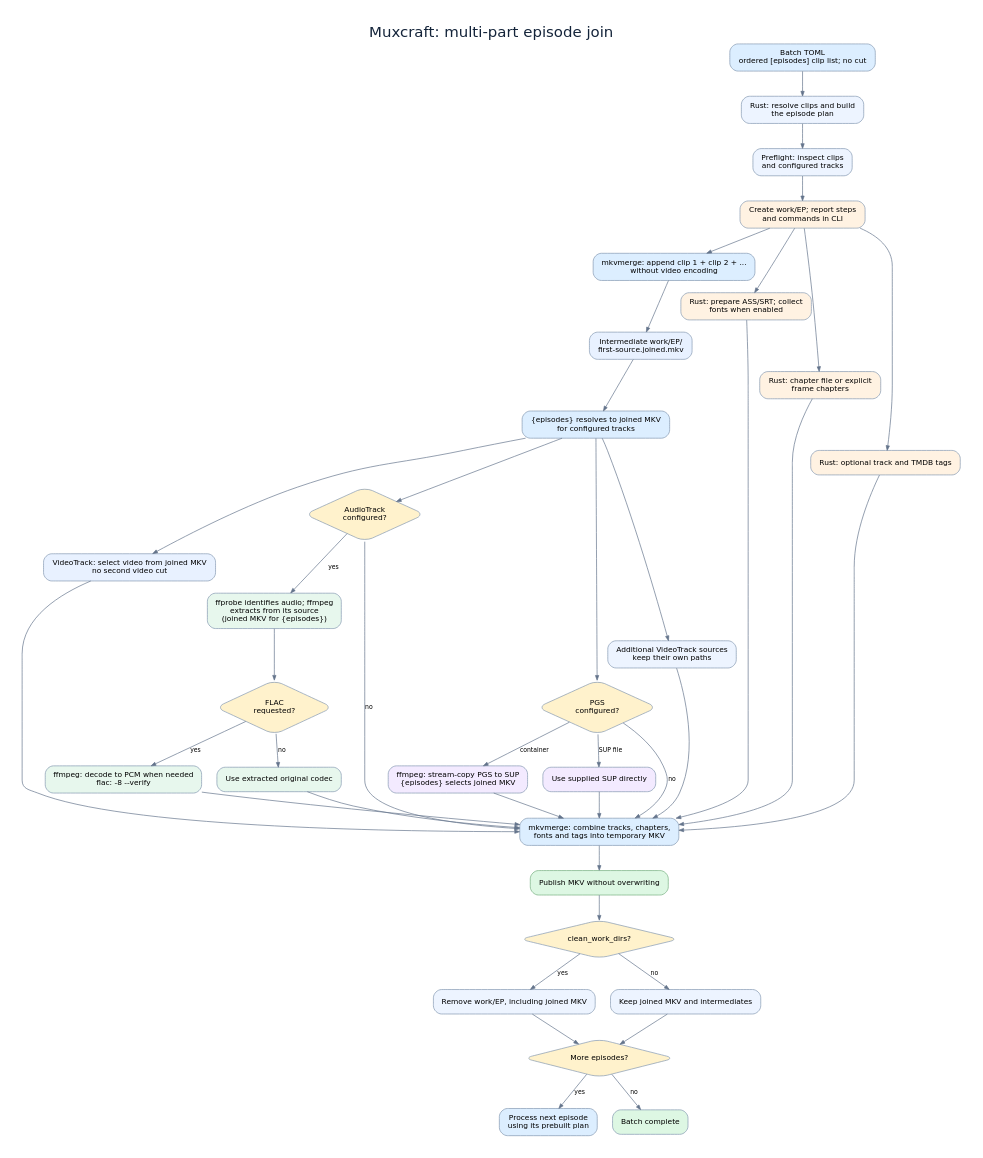
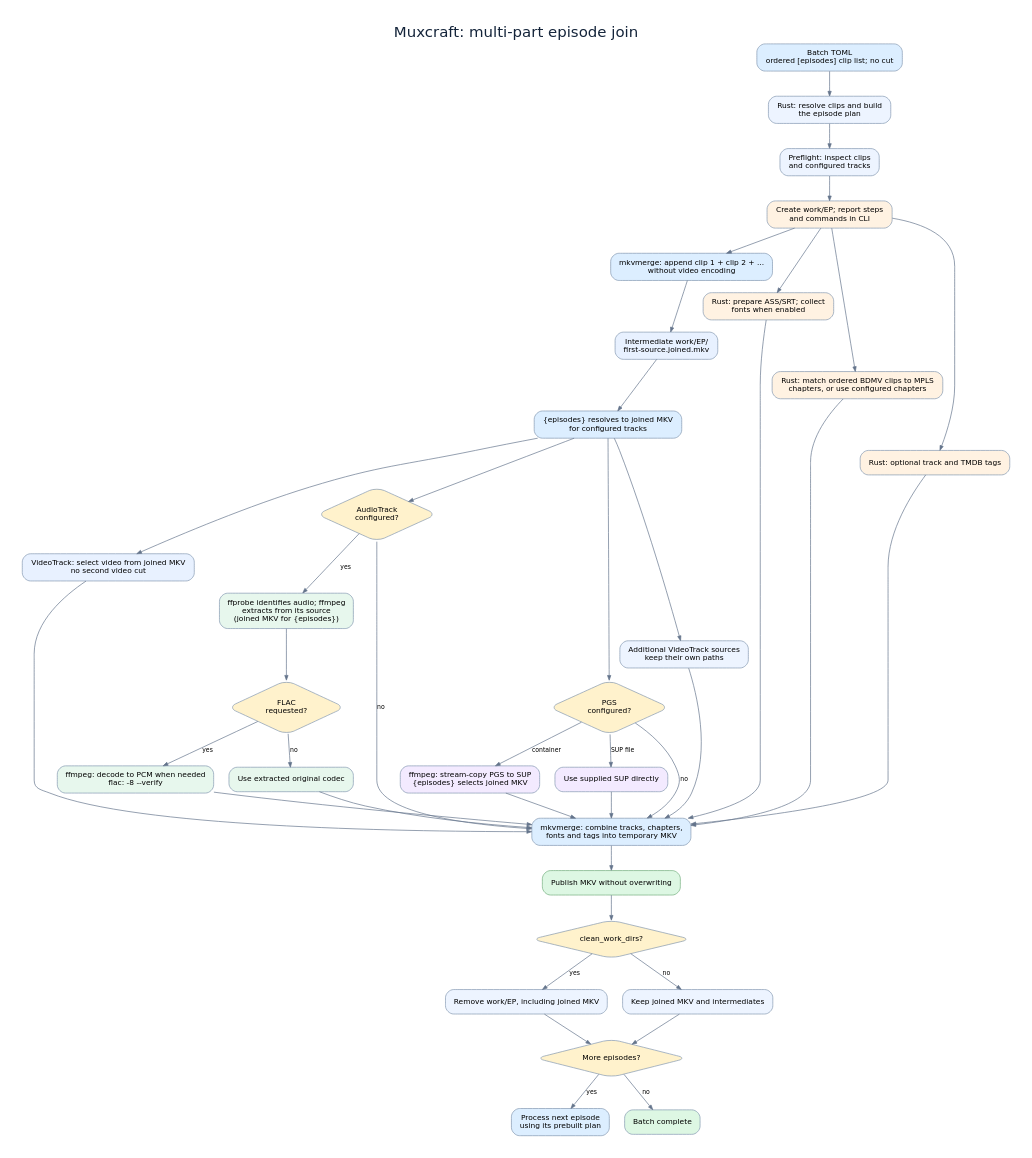
Before and after one commit to IncYami/muxcraft: the diagram in docs/multi-part-flow.dot, drawn with Graphviz. The commit also changed 9 other files, not shown here.

Commit message:
Discover chapters for joined BDMV clips

```diff
--- a/docs/multi-part-flow.dot
+++ b/docs/multi-part-flow.dot
@@ -1,67 +1,67 @@
 digraph MultiPartFlow {
   graph [rankdir=TB, bgcolor="white", pad="0.35", nodesep="0.3", ranksep="0.5", fontname="DejaVu Sans", label="Muxcraft: multi-part episode join", labelloc=t, fontsize=22, fontcolor="#14243a"];
   node [shape=box, style="rounded,filled", fillcolor="#edf4ff", color="#8297b0", fontname="DejaVu Sans", fontsize=11, margin="0.17,0.11"];
   edge [color="#64748b", arrowsize=0.7, fontname="DejaVu Sans", fontsize=9];
 
   toml [label="Batch TOML\nordered [episodes] clip list; no cut", fillcolor="#dceeff"];
   plan [label="Rust: resolve clips and build\nthe episode plan"];
   preflight [label="Preflight: inspect clips\nand configured tracks"];
   work [label="Create work/EP; report steps\nand commands in CLI", fillcolor="#fff2e2"];
   join [label="mkvmerge: append clip 1 + clip 2 + ...\nwithout video encoding", fillcolor="#dceeff"];
   joined [label="Intermediate work/EP/\nfirst-source.joined.mkv", fillcolor="#e8f1ff"];
   variable [label="{episodes} resolves to joined MKV\nfor configured tracks", fillcolor="#dceeff"];
   video [label="VideoTrack: select video from joined MKV\nno second video cut", fillcolor="#e8f1ff"];
   audio [shape=diamond, label="AudioTrack\nconfigured?", fillcolor="#fff2cc"];
   extract [label="ffprobe identifies audio; ffmpeg\nextracts from its source\n(joined MKV for {episodes})", fillcolor="#e7f7ed"];
   flac_choice [shape=diamond, label="FLAC\nrequested?", fillcolor="#fff2cc"];
   flac [label="ffmpeg: decode to PCM when needed\nflac: -8 --verify", fillcolor="#e7f7ed"];
   copy [label="Use extracted original codec", fillcolor="#e7f7ed"];
   pgs [shape=diamond, label="PGS\nconfigured?", fillcolor="#fff2cc"];
   pgs_extract [label="ffmpeg: stream-copy PGS to SUP\n{episodes} selects joined MKV", fillcolor="#f3eaff"];
   pgs_direct [label="Use supplied SUP directly", fillcolor="#f3eaff"];
   other [label="Additional VideoTrack sources\nkeep their own paths"];
   subtitle [label="Rust: prepare ASS/SRT; collect\nfonts when enabled", fillcolor="#fff2e2"];
-  chapter [label="Rust: chapter file or explicit\nframe chapters", fillcolor="#fff2e2"];
+  chapter [label="Rust: match ordered BDMV clips to MPLS\nchapters, or use configured chapters", fillcolor="#fff2e2"];
   tags [label="Rust: optional track and TMDB tags", fillcolor="#fff2e2"];
   mux [label="mkvmerge: combine tracks, chapters,\nfonts and tags into temporary MKV", fillcolor="#dceeff"];
   output [label="Publish MKV without overwriting", fillcolor="#ddf7e3", color="#72ad7d"];
   clean [shape=diamond, label="clean_work_dirs?", fillcolor="#fff2cc"];
   remove [label="Remove work/EP, including joined MKV"];
   keep [label="Keep joined MKV and intermediates"];
   next [shape=diamond, label="More episodes?", fillcolor="#fff2cc"];
   repeat [label="Process next episode\nusing its prebuilt plan", fillcolor="#dceeff"];
   done [label="Batch complete", fillcolor="#ddf7e3"];
 
   toml -> plan -> preflight -> work -> join -> joined -> variable;
   variable -> video;
   variable -> audio;
   audio -> extract [label="yes"];
   extract -> flac_choice;
   flac_choice -> flac [label="yes"];
   flac_choice -> copy [label="no"];
   variable -> pgs;
   pgs -> pgs_extract [label="container"];
   pgs -> pgs_direct [label="SUP file"];
   variable -> other;
   work -> subtitle;
   work -> chapter;
   work -> tags;
   video -> mux;
   audio -> mux [label="no"];
   flac -> mux;
   copy -> mux;
   pgs -> mux [label="no"];
   pgs_extract -> mux;
   pgs_direct -> mux;
   other -> mux;
   subtitle -> mux;
   chapter -> mux;
   tags -> mux;
   mux -> output -> clean;
   clean -> remove [label="yes"];
   clean -> keep [label="no"];
   remove -> next;
   keep -> next;
   next -> repeat [label="yes"];
   next -> done [label="no"];
 }
```
